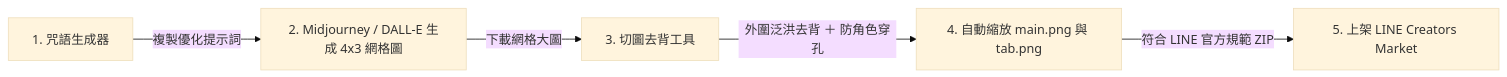
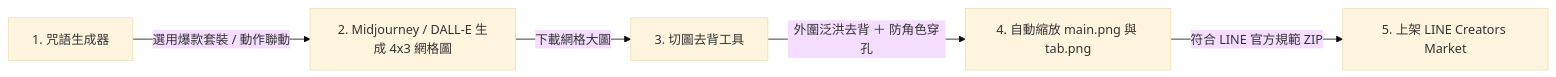
Before and after one commit to dinghnes/line-sticker-maker: the diagram in README.md, drawn with Mermaid (base theme). The commit also changed other lines of this file, not shown here.

````diff
--- a/README.md
+++ b/README.md
@@ -44,7 +69,7 @@
 ```mermaid
 flowchart LR
-    A[1. 咒語生成器] -->|複製優化提示詞| B[2. Midjourney / DALL-E 生成 4x3 網格圖]
+    A[1. 咒語生成器] -->|選用爆款套裝 / 動作聯動| B[2. Midjourney / DALL-E 生成 4x3 網格圖]
     B -->|下載網格大圖| C[3. 切圖去背工具]
     C -->|外圍泛洪去背 ＋ 防角色穿孔| D[4. 自動縮放 main.png 與 tab.png]
     D -->|符合 LINE 官方規範 ZIP| E[5. 上架 LINE Creators Market]
 ```
````
